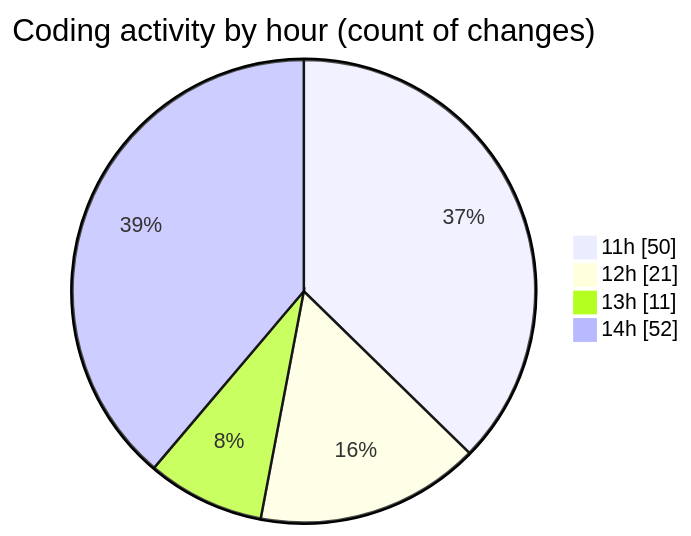
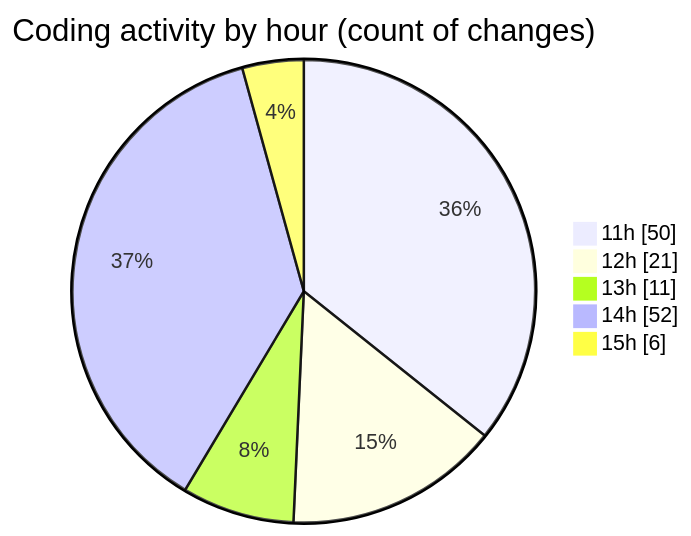
Before and after one commit to tmsrecording-cyber/code-tracking: the second of 2 diagrams in 2026-02-06/singularitybrainai/README.md, drawn with Mermaid. The commit also changed other lines of this file and 1 other file, not shown here.

````diff
--- a/2026-02-06/singularitybrainai/README.md
+++ b/2026-02-06/singularitybrainai/README.md
@@ -41,8 +42,9 @@
 ```mermaid
 pie showData
 title Coding activity by hour (count of changes)
 "11h" : 50
 "12h" : 21
 "13h" : 11
 "14h" : 52
+"15h" : 6
 ```
````
